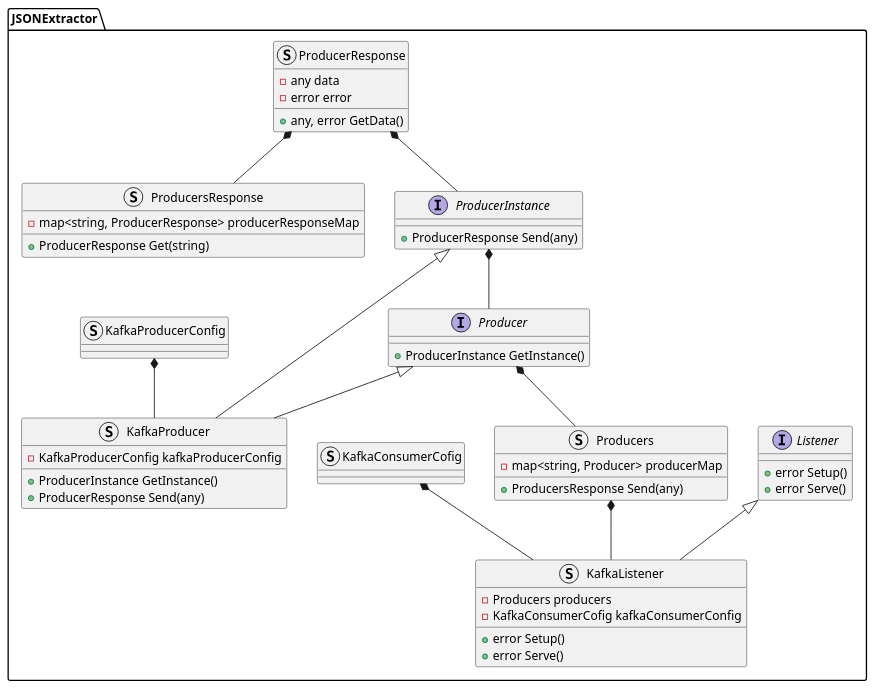
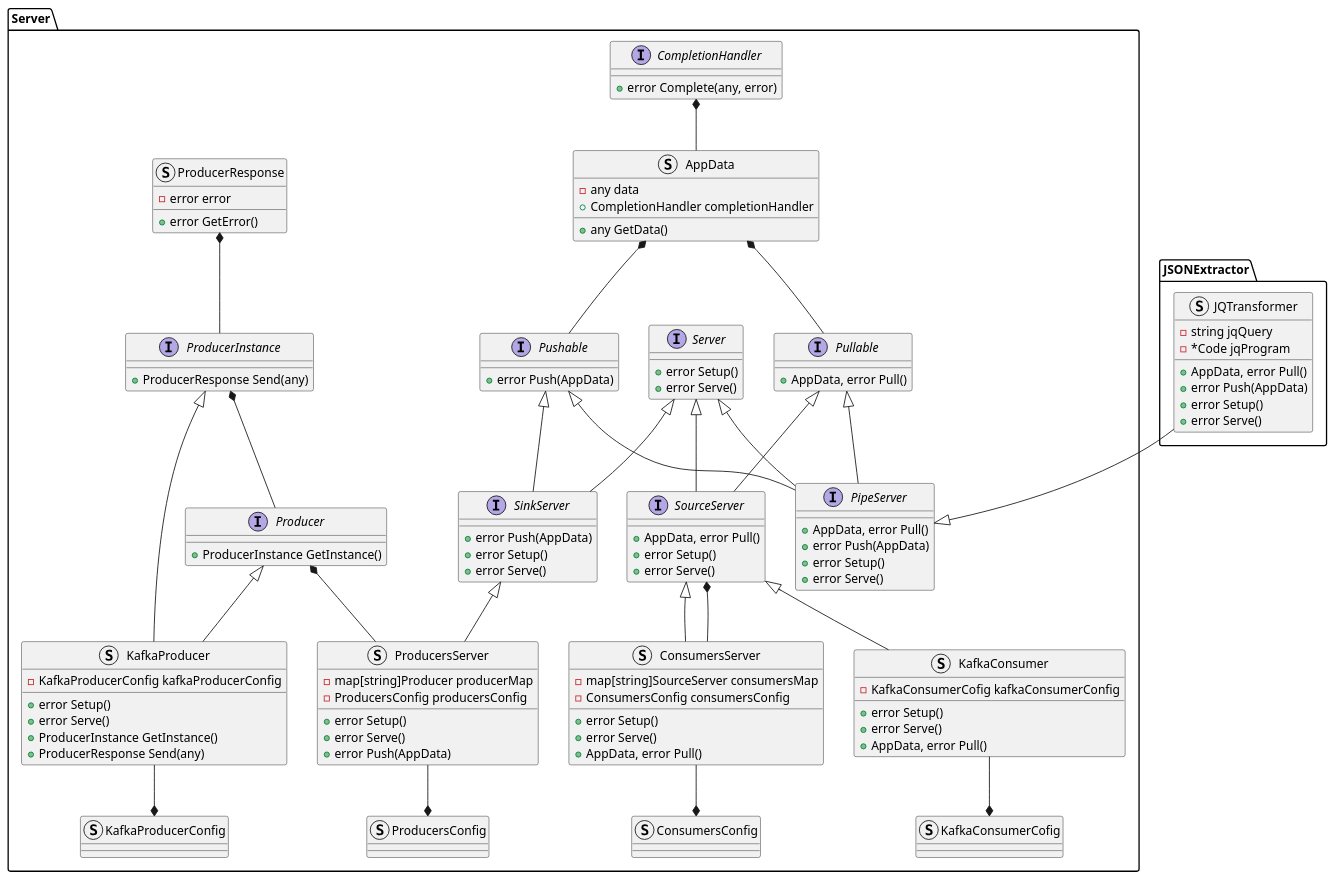
Before and after one commit to xtuml/otel2pv: the diagram in docs/design_notes/DN1_JSON_Extractor/class_diagram.puml, drawn with PlantUML. The commit also changed 2 other files, not shown here.

Commit message:
CDSOPV-26 update class diagram

```diff
--- a/docs/design_notes/DN1_JSON_Extractor/class_diagram.puml
+++ b/docs/design_notes/DN1_JSON_Extractor/class_diagram.puml
@@ -1,51 +1,116 @@
 @startuml
-namespace JSONExtractor {
-    ' left to right direction
-    interface Listener {
+namespace Server {
+    interface CompletionHandler {
+        +error Complete(any, error)
+    }
+    struct AppData {
+        -any data
+        +CompletionHandler completionHandler
+        +any GetData()
+    }
+    interface Server {
+        +error Setup()
+        +error Serve()
+    }
+    interface Pullable {
+        +AppData, error Pull()
+    }
+    interface Pushable {
+        +error Push(AppData)
+    }
+    interface SourceServer {
+        +AppData, error Pull()
+        +error Setup()
+        +error Serve()
+    }
+    interface SinkServer {
+        +error Push(AppData)
+        +error Setup()
+        +error Serve()
+    }
+    interface PipeServer {
+        +AppData, error Pull()
+        +error Push(AppData)
         +error Setup()
         +error Serve()
     }
     struct ProducerResponse {
-        -any data
         -error error
-        +any, error GetData()
-    }
-    struct ProducersResponse {
-        -map<string, ProducerResponse> producerResponseMap
-        +ProducerResponse Get(string)
+        +error GetError()
     }
     interface ProducerInstance {
         +ProducerResponse Send(any)
     }
     interface Producer {
         +ProducerInstance GetInstance()
     }
-    struct Producers {
-        -map<string, Producer> producerMap
-        +ProducersResponse Send(any)
-    }
-    struct KafkaListener {
-        -Producers producers
+    struct KafkaConsumer {
         -KafkaConsumerCofig kafkaConsumerConfig
         +error Setup()
         +error Serve()
+        +AppData, error Pull()
     }
     struct KafkaProducer {
         -KafkaProducerConfig kafkaProducerConfig
+        +error Setup()
+        +error Serve()
         +ProducerInstance GetInstance()
         +ProducerResponse Send(any)
     }
+    struct ProducersServer {
+        -map[string]Producer producerMap
+        -ProducersConfig producersConfig
+        +error Setup()
+        +error Serve()
+        +error Push(AppData)
+    }
+    struct ConsumersServer {
+        -map[string]SourceServer consumersMap
+        -ConsumersConfig consumersConfig
+        +error Setup()
+        +error Serve()
+        +AppData, error Pull()
+    }
     struct KafkaConsumerCofig
     struct KafkaProducerConfig
+    struct ProducersConfig
+    struct ConsumersConfig
 }
-JSONExtractor.Producer <|-- JSONExtractor.KafkaProducer
-JSONExtractor.ProducerInstance <|-- JSONExtractor.KafkaProducer
-JSONExtractor.Listener <|-- JSONExtractor.KafkaListener
-JSONExtractor.ProducerResponse *-- JSONExtractor.ProducersResponse
-JSONExtractor.KafkaConsumerCofig *-- JSONExtractor.KafkaListener
-JSONExtractor.KafkaProducerConfig *-- JSONExtractor.KafkaProducer
-JSONExtractor.Producers *-- JSONExtractor.KafkaListener
-JSONExtractor.Producer *-- JSONExtractor.Producers
-JSONExtractor.ProducerResponse *-- JSONExtractor.ProducerInstance
-JSONExtractor.ProducerInstance *-- JSONExtractor.Producer
+namespace JSONExtractor {
+    struct JQTransformer {
+        -string jqQuery
+        -*Code jqProgram
+        +AppData, error Pull()
+        +error Push(AppData)
+        +error Setup()
+        +error Serve()
+    }
+}
+Server.CompletionHandler *-- Server.AppData
+Server.AppData *-- Server.Pullable
+Server.AppData *-- Server.Pushable
+Server.Server <|-- Server.SourceServer
+Server.Pullable <|-- Server.SourceServer
+Server.Server <|-- Server.SinkServer
+Server.Pushable <|-- Server.SinkServer
+Server.Pushable <|-- Server.PipeServer
+Server.Pullable <|-- Server.PipeServer
+Server.Server <|-- Server.PipeServer
+
+Server.ProducerResponse *-- Server.ProducerInstance
+Server.ProducerInstance *-- Server.Producer
+Server.Producer <|-- Server.KafkaProducer
+Server.ProducerInstance <|-- Server.KafkaProducer
+Server.SourceServer <|-- Server.KafkaConsumer
+Server.Producer *-- Server.ProducersServer
+Server.SinkServer <|-- Server.ProducersServer
+Server.SourceServer <|-- Server.ConsumersServer
+Server.SourceServer *-- Server.ConsumersServer
+
+Server.KafkaConsumerCofig *-up- Server.KafkaConsumer
+Server.KafkaProducerConfig *-up- Server.KafkaProducer
+Server.ProducersConfig *-up- Server.ProducersServer
+Server.ConsumersConfig *-up- Server.ConsumersServer
+
+Server.PipeServer <|-up- JSONExtractor.JQTransformer
 @enduml
```
